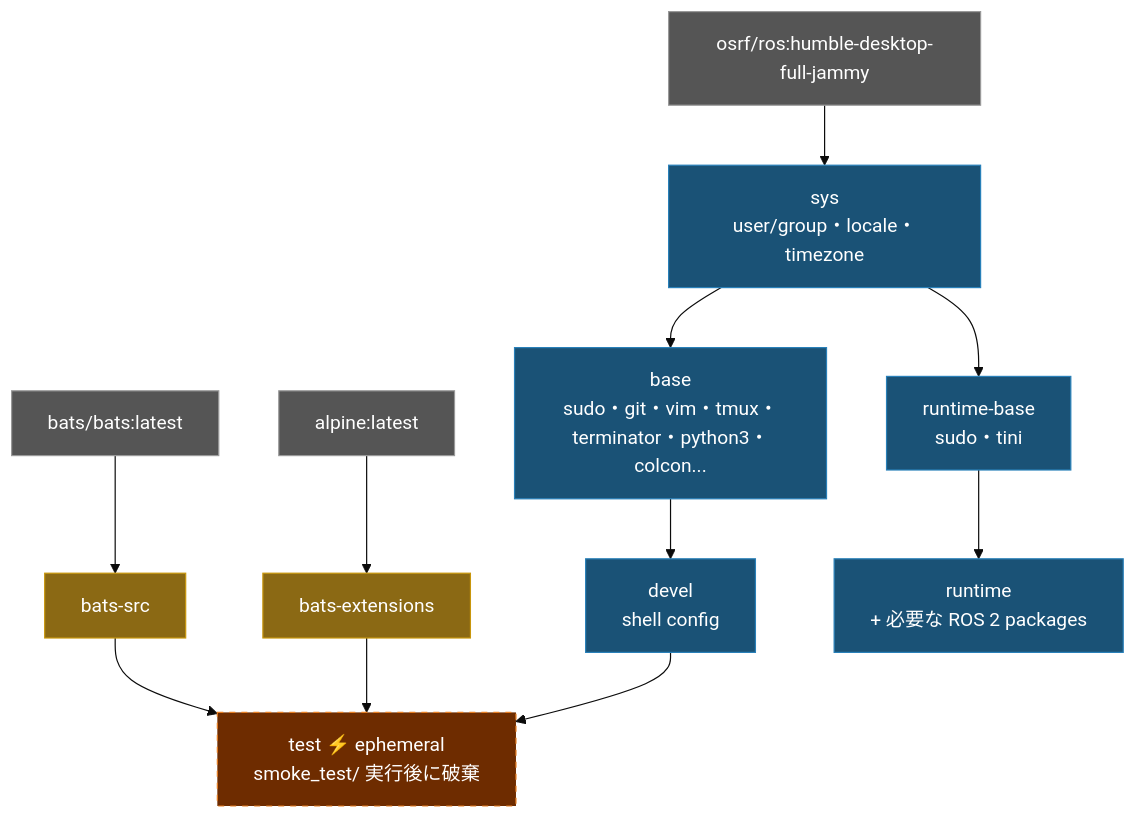
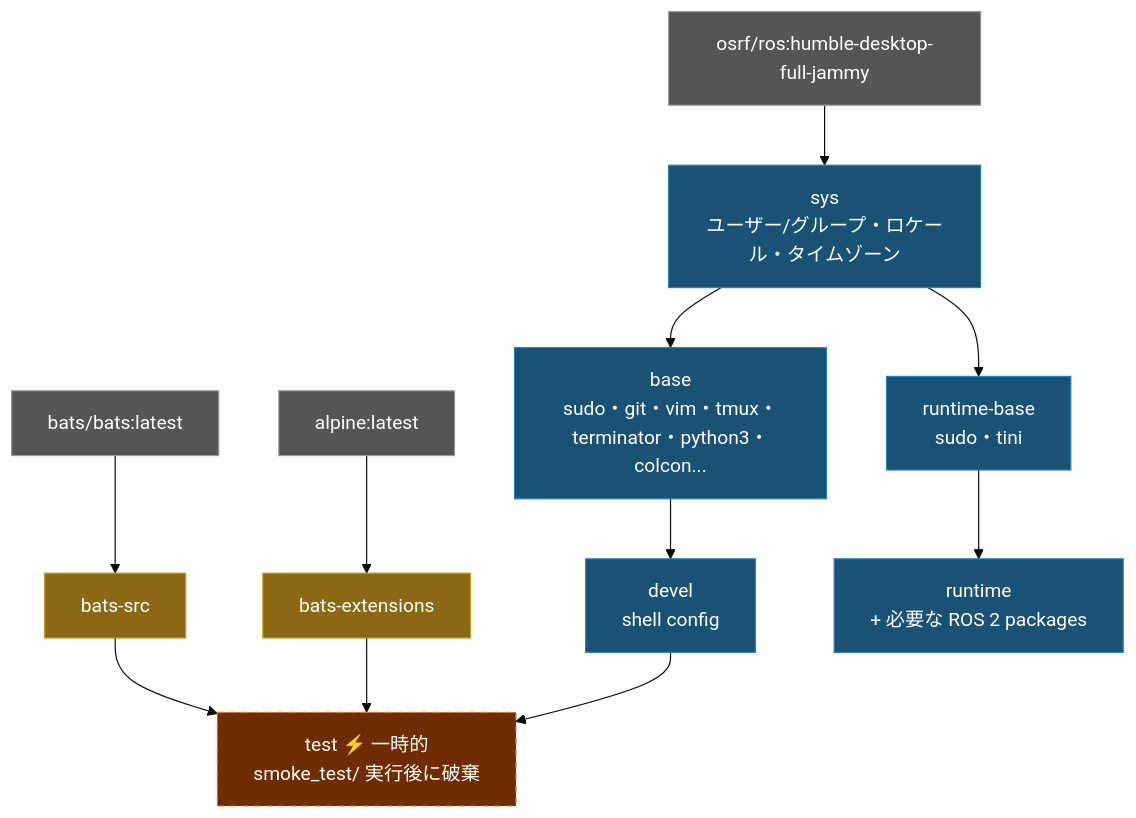
The diagram in doc/README.ja.md (ycpss91255-docker/osrf_ros2_humble), drawn with Mermaid (base theme) before and after one commit. The commit also changed other lines of this file and 2 other files, not shown here.

Commit message:
docs: translate English text in architecture diagrams to i18n
Replace remaining English in mermaid diagrams and tables:
- user/group・locale・timezone → translated
- ephemeral → translated
- smoke tests, discarded after build → translated
- Dockerfile Stages → translated

````diff
--- a/doc/README.ja.md
+++ b/doc/README.ja.md
@@ -235,26 +235,26 @@
 ```mermaid
 graph TD
     EXT1["bats/bats:latest"]:::external
     EXT2["alpine:latest"]:::external
     EXT3["osrf/ros:humble-desktop-full-jammy"]:::external
 
     EXT1 --> bats-src["bats-src"]:::tool
     EXT2 --> bats-ext["bats-extensions"]:::tool
 
-    EXT3 --> sys["sys\nuser/group・locale・timezone"]:::stage
+    EXT3 --> sys["sys\nユーザー/グループ・ロケール・タイムゾーン"]:::stage
 
     sys --> base["base\nsudo・git・vim・tmux・terminator・python3・colcon..."]:::stage
     base --> devel["devel\nshell config"]:::stage
 
-    bats-src --> test["test  ⚡ ephemeral\nsmoke_test/ 実行後に破棄"]:::ephemeral
+    bats-src --> test["test  ⚡ 一時的\nsmoke_test/ 実行後に破棄"]:::ephemeral
     bats-ext --> test
     devel --> test
 
     sys --> runtime-base["runtime-base\nsudo・tini"]:::stage
     runtime-base --> runtime["runtime\n+ 必要な ROS 2 packages"]:::stage
 
     classDef external fill:#555,color:#fff,stroke:#999
     classDef tool fill:#8B6914,color:#fff,stroke:#c8960c
     classDef stage fill:#1a5276,color:#fff,stroke:#2980b9
     classDef ephemeral fill:#6e2c00,color:#fff,stroke:#e67e22,stroke-dasharray:5 5
 ```
````
